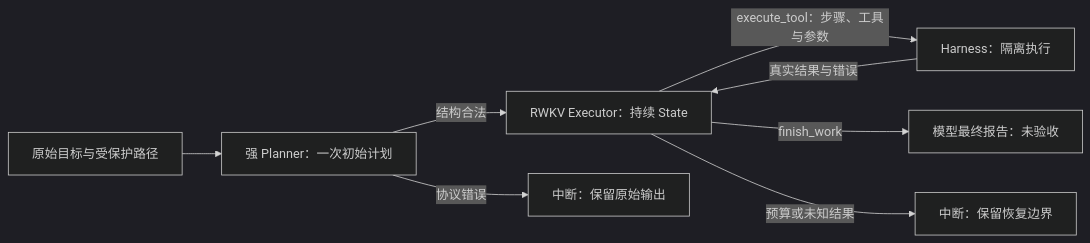
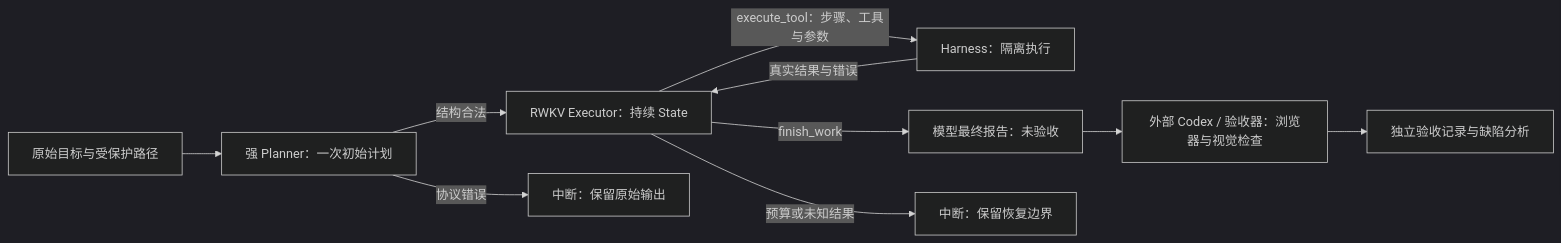
One commit to rwkv-rs/RWKV-LH changed the diagram in docs/ARCHITECTURE.zh-CN.md. Above: the diagram before and after it, drawn with Mermaid (dark theme). The commit also changed other lines of this file and 7 other files, not shown here.

````diff
--- a/docs/ARCHITECTURE.zh-CN.md
+++ b/docs/ARCHITECTURE.zh-CN.md
@@ -9,10 +9,12 @@
 ```mermaid
 flowchart LR
     U[原始目标与受保护路径] --> P[强 Planner：一次初始计划]
     P -->|结构合法| E[RWKV Executor：持续 State]
     P -->|协议错误| I[中断：保留原始输出]
     E -->|execute_tool：步骤、工具与参数| T[Harness：隔离执行]
     T -->|真实结果与错误| E
     E -->|finish_work| F[模型最终报告：未验收]
     E -->|预算或未知结果| B[中断：保留恢复边界]
+    F --> V[外部 Codex / 验收器：浏览器与视觉检查]
+    V --> R[独立验收记录与缺陷分析]
 ```
````
